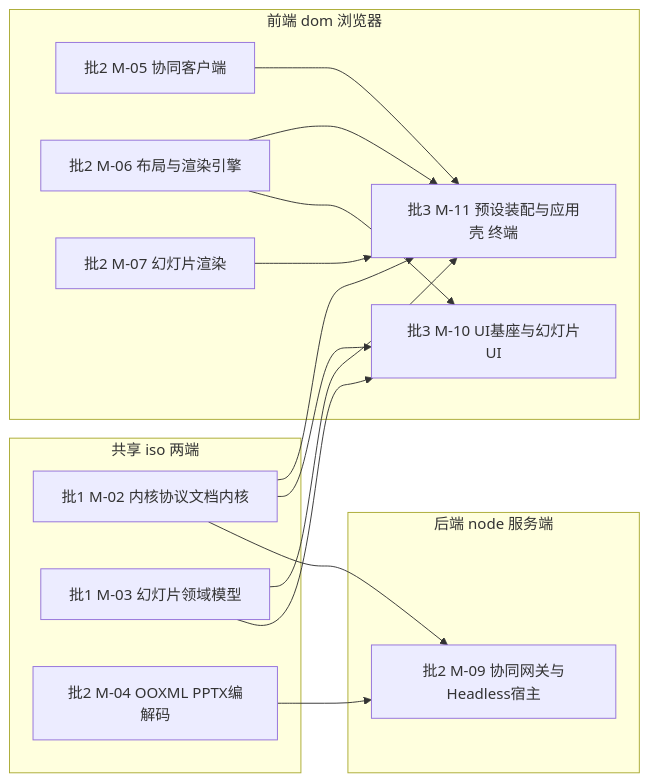
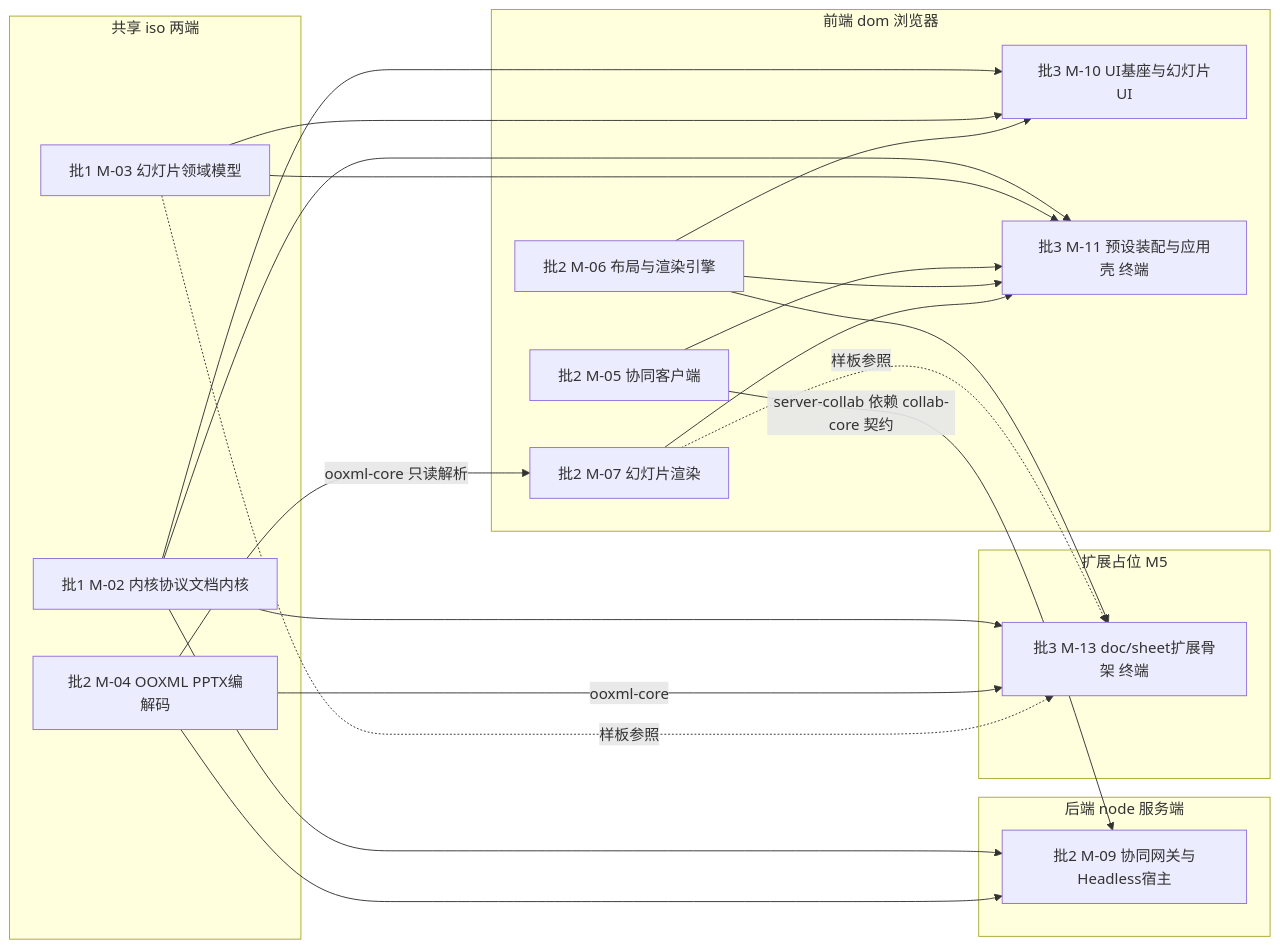
The third of 3 diagrams in docs/40-modules/README.md (Xeonice/cordis-ppt-editor), drawn with Mermaid before and after one commit. The commit also changed other lines of this file and 22 other files, not shown here.

First line of the commit message:
docs(modules): 新增架构图集 18/19，补图并按 §4.18 回写模块设计线

````diff
--- a/docs/40-modules/README.md
+++ b/docs/40-modules/README.md
@@ -110,28 +114,38 @@
 ```mermaid
 flowchart LR
 subgraph isolane["共享 iso 两端"]
 m02["批1 M-02 内核协议文档内核"]
 m03["批1 M-03 幻灯片领域模型"]
 m04["批2 M-04 OOXML PPTX编解码"]
 end
 subgraph domlane["前端 dom 浏览器"]
 m05["批2 M-05 协同客户端"]
 m06["批2 M-06 布局与渲染引擎"]
 m07["批2 M-07 幻灯片渲染"]
 m10["批3 M-10 UI基座与幻灯片UI"]
 m11["批3 M-11 预设装配与应用壳 终端"]
 end
 subgraph nodelane["后端 node 服务端"]
 m09["批2 M-09 协同网关与Headless宿主"]
 end
+subgraph m5lane["扩展占位 M5"]
+m13["批3 M-13 doc/sheet扩展骨架 终端"]
+end
 m02 --> m09
 m04 --> m09
+m05 -- "server-collab 依赖 collab-core 契约" --> m09
+m04 -- "ooxml-core 只读解析" --> m07
+m02 --> m13
+m04 -- "ooxml-core" --> m13
+m06 --> m13
+m03 -. "样板参照" .-> m13
+m07 -. "样板参照" .-> m13
 m02 --> m10
 m03 --> m10
 m06 --> m10
 m02 --> m11
 m03 --> m11
 m05 --> m11
 m06 --> m11
 m07 --> m11
 ```
````
